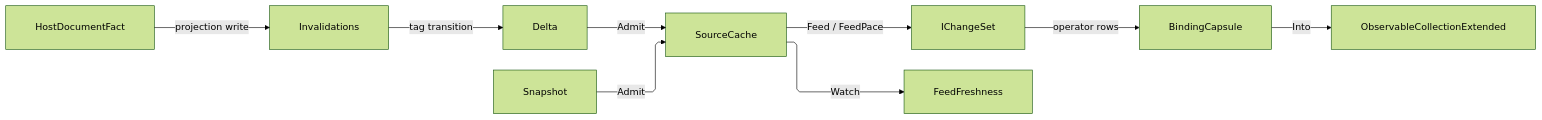
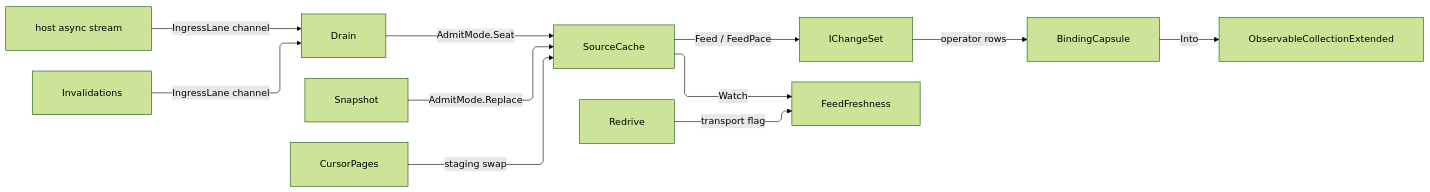
Before and after one commit to bsamiee/Rasm: the first of 2 diagrams in libs/csharp/Rasm.AppUi/.planning/Editing/livedata.md, drawn with Mermaid (forest theme). The commit also changed other lines of this file and 818 other files, not shown here.

````diff
--- a/libs/csharp/Rasm.AppUi/.planning/Editing/livedata.md
+++ b/libs/csharp/Rasm.AppUi/.planning/Editing/livedata.md
@@ -333,20 +468,22 @@
 ```mermaid
 ---
 config:
   layout: elk
   flowchart:
     curve: linear
     padding: 25
 ---
 flowchart LR
     accTitle: Live-data admission spine
-    accDescr: Host facts and snapshots converge through typed admission into one source cache, paced feed, change-set pipeline, binding capsule, and collection.
-    HostDocumentFact -->|projection write| Invalidations
-    Invalidations -->|tag transition| Delta
-    Snapshot -->|Admit| SourceCache
-    Delta -->|Admit| SourceCache
+    accDescr: Host facts and snapshots converge through a bounded ingress channel and typed admission into one source cache, paced feed, change-set pipeline, binding capsule, and collection.
+    HostFacts["host async stream"] -->|IngressLane channel| Drain
+    Invalidations -->|IngressLane channel| Drain
+    Drain -->|AdmitMode.Seat| SourceCache
+    Snapshot -->|AdmitMode.Replace| SourceCache
+    CursorPages -->|staging swap| SourceCache
     SourceCache -->|Feed / FeedPace| IChangeSet
     IChangeSet -->|operator rows| BindingCapsule
     BindingCapsule -->|Into| ObservableCollectionExtended
+    Redrive -->|transport flag| FeedFreshness
     SourceCache -->|Watch| FeedFreshness
 ```
````
